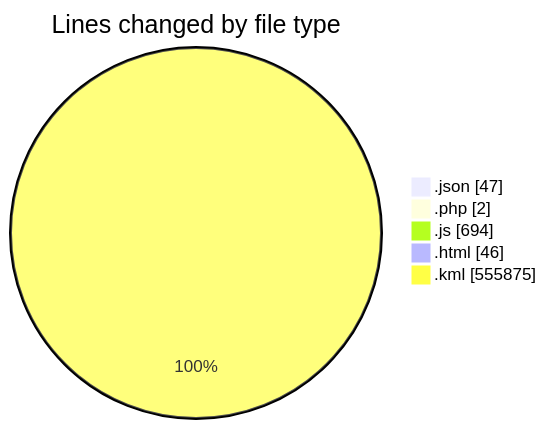
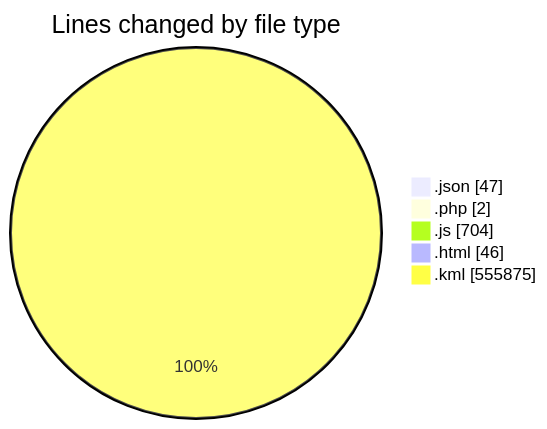
The first of 2 diagrams in 2025-03-27/kml/README.md (LanceThiago/code-tracking), drawn with Mermaid before and after one commit. The commit also changed other lines of this file and 1 other file, not shown here.

````diff
--- a/2025-03-27/kml/README.md
+++ b/2025-03-27/kml/README.md
@@ -28,9 +28,9 @@
 ```mermaid
 pie showData
 title Lines changed by file type
 ".json" : 47
 ".php" : 2
-".js" : 694
+".js" : 704
 ".html" : 46
 ".kml" : 555875
 ```
````
